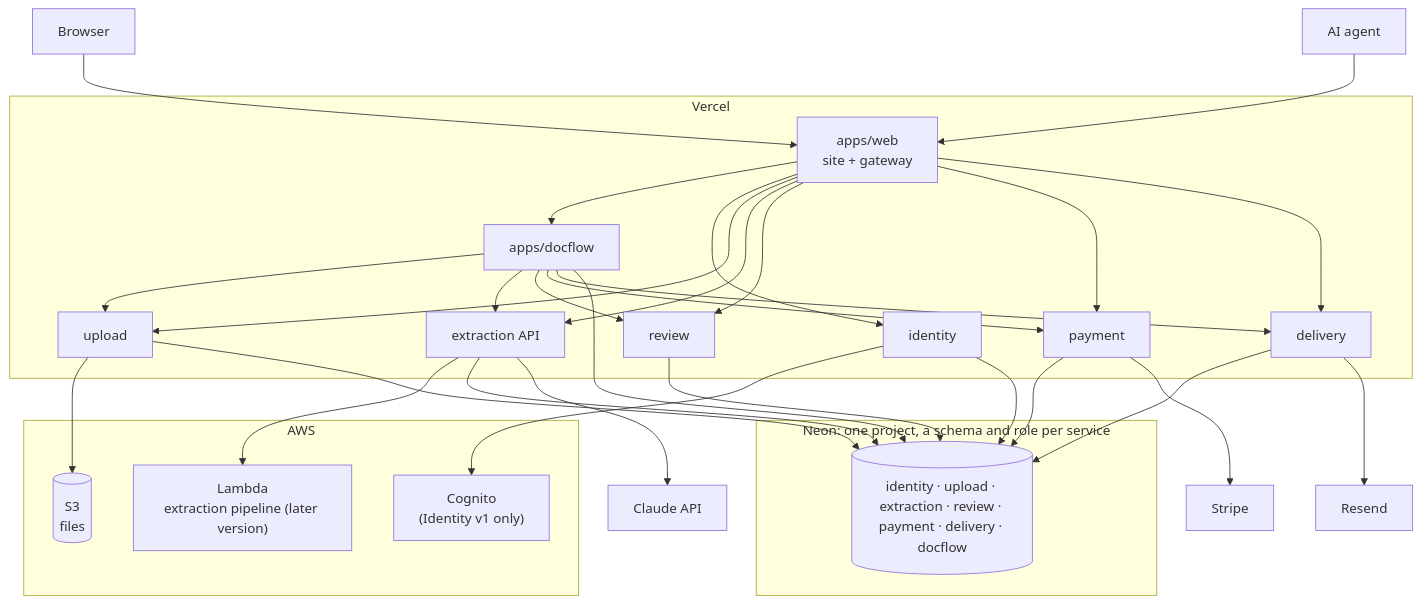
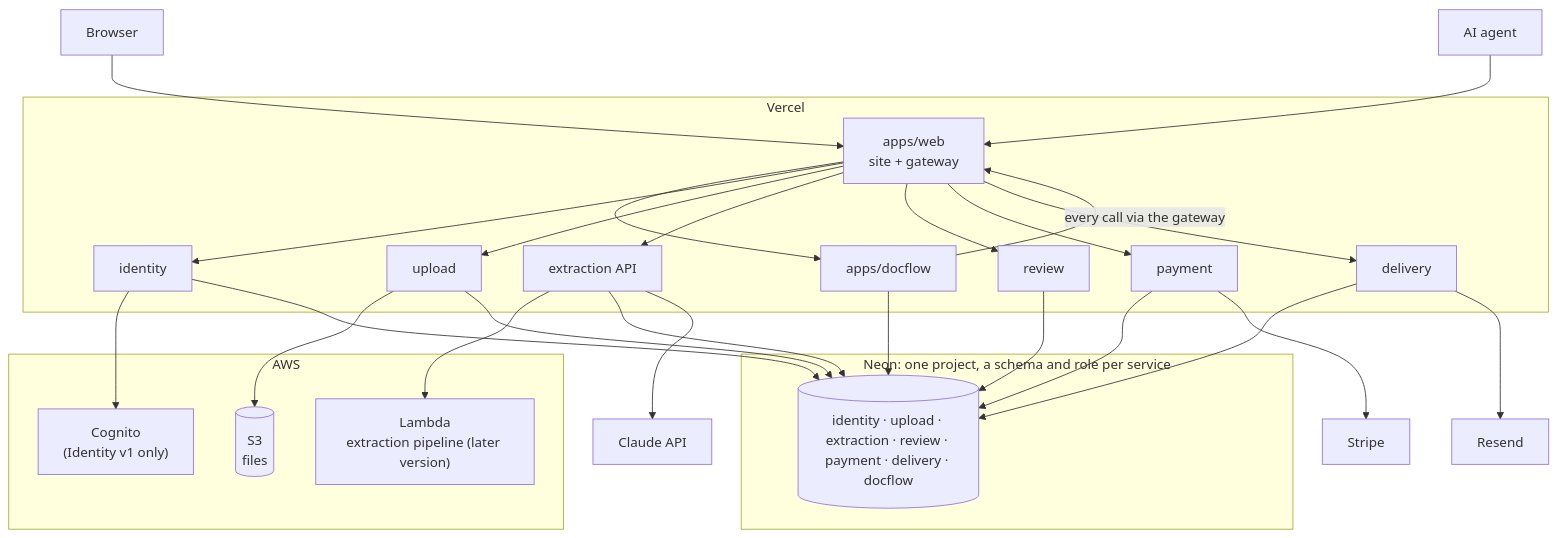
The sixth of 8 diagrams in docs/architecture/ARCHITECTURE.md (founder2863/01scale.com), drawn with Mermaid before and after one commit. The commit also changed other lines of this file and 1 other file, not shown here.

First line of the commit message:
ARCHITECTURE.md: sequence diagram with the token on each call, account deletion diagram, the three review decisions

````diff
--- a/docs/architecture/ARCHITECTURE.md
+++ b/docs/architecture/ARCHITECTURE.md
@@ -297,32 +297,32 @@
 ```mermaid
 flowchart TB
   B["Browser"] --> W
   A["AI agent"] --> W
   subgraph Vercel
     W["apps/web<br/>site + gateway"]
     DFA["apps/docflow"]
     I["identity"]
     U["upload"]
     X["extraction API"]
     R["review"]
     P["payment"]
     D["delivery"]
   end
   subgraph AWS
     S3[("S3<br/>files")]
     L["Lambda<br/>extraction pipeline (later version)"]
     C["Cognito<br/>(Identity v1 only)"]
   end
   subgraph Neon["Neon: one project, a schema and role per service"]
     N[("identity · upload · extraction · review · payment · delivery · docflow")]
   end
   W --> DFA & I & U & X & R & P & D
-  DFA --> U & X & R & P & D
+  DFA -- "every call via the gateway" --> W
   I --> C
   U --> S3
   X --> L
   I & U & X & R & P & D & DFA --> N
   P --> ST["Stripe"]
   D --> RS["Resend"]
   X --> CL["Claude API"]
 ```
````
